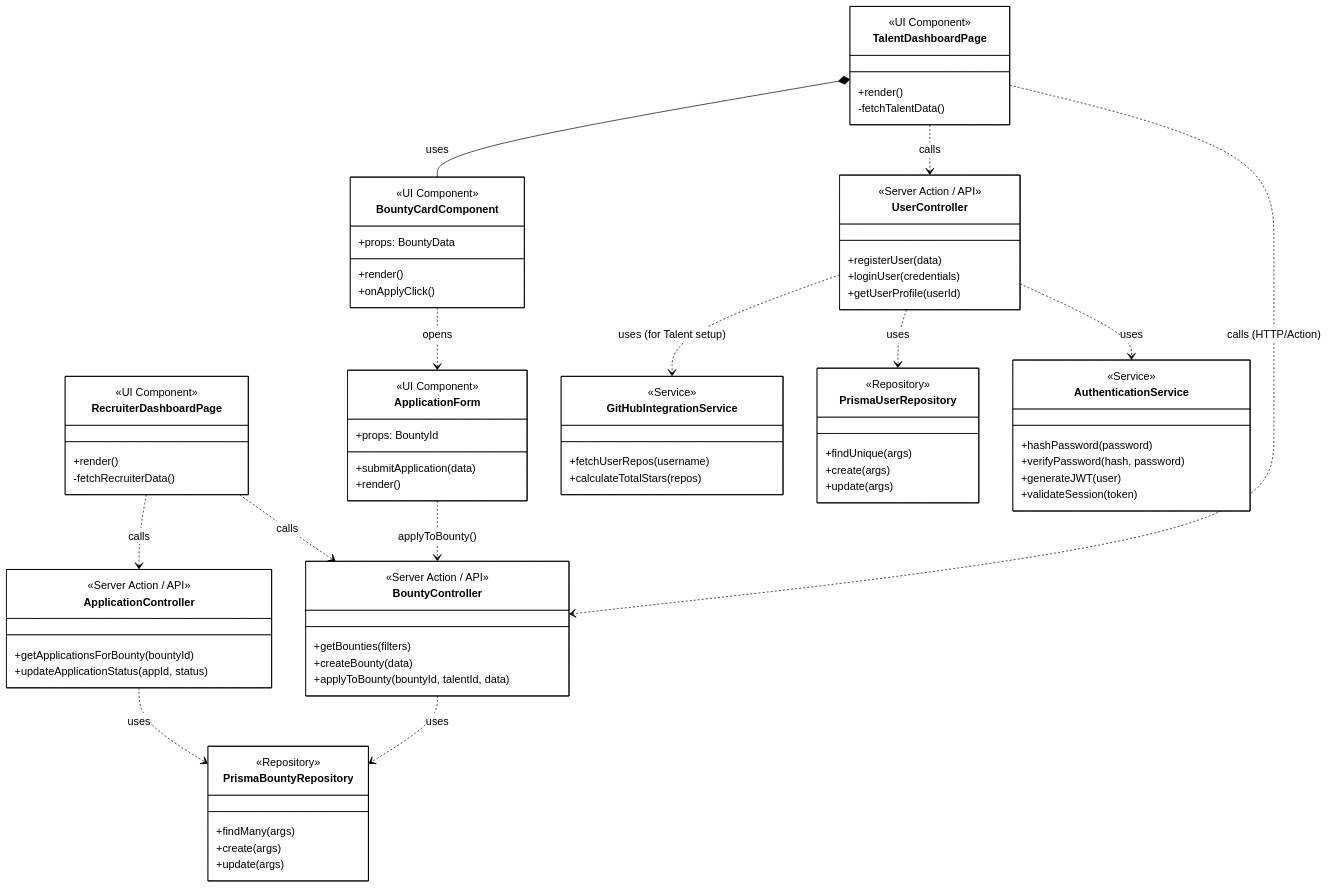
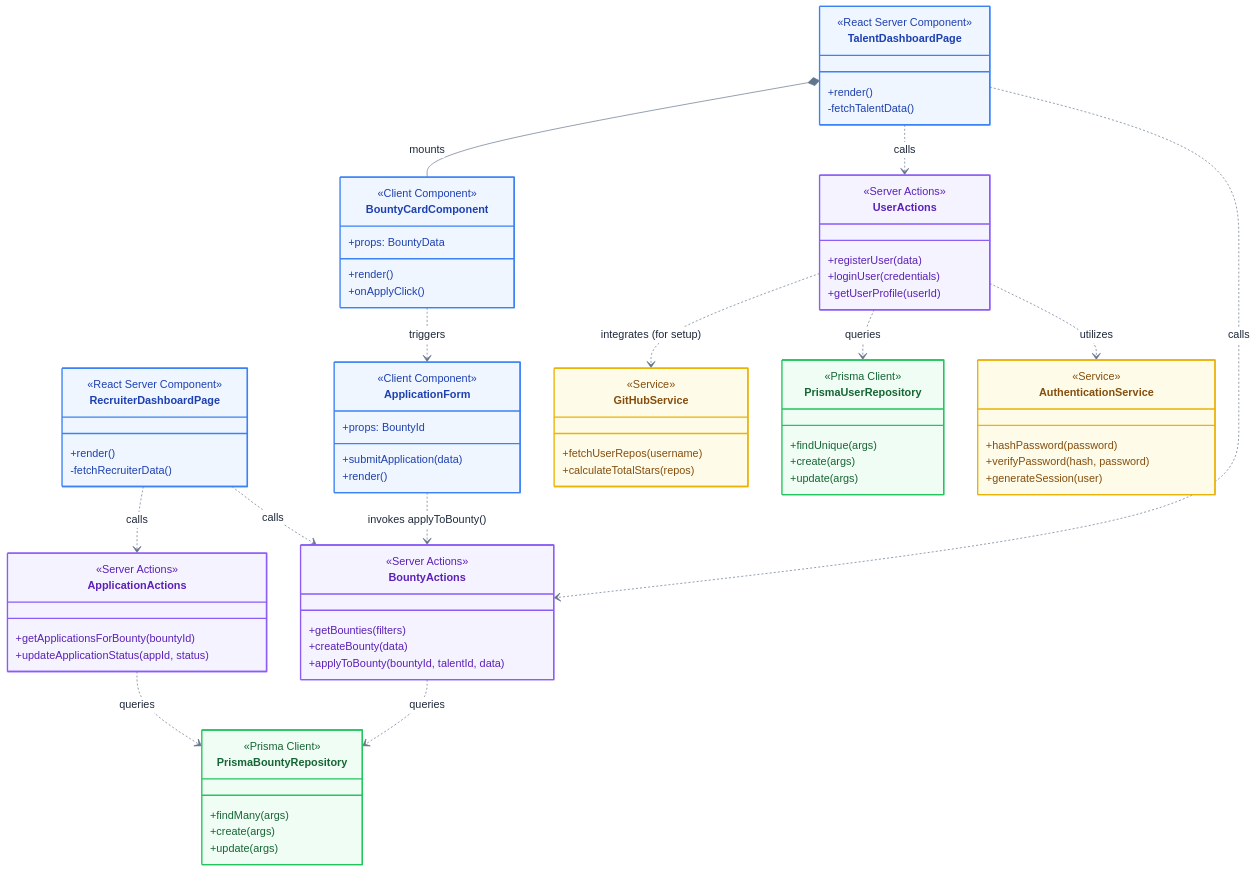
Before and after one commit to Hannankhan00/skillspill: the diagram in Design-Class-Diagram.md, drawn with Mermaid. The commit also changed other lines of this file and 31 other files, not shown here.

````diff
--- a/Design-Class-Diagram.md
+++ b/Design-Class-Diagram.md
@@ -9,63 +9,59 @@
   'theme': 'base',
   'themeVariables': {
     'primaryColor': '#ffffff',
-    'primaryTextColor': '#000000',
-    'primaryBorderColor': '#000000',
-    'lineColor': '#000000',
-    'secondaryColor': '#ffffff',
-    'tertiaryColor': '#ffffff',
-    'nodeBorder': '#000000',
-    'mainBkg': '#ffffff',
-    'fontFamily': 'arial'
+    'primaryTextColor': '#1e293b',
+    'primaryBorderColor': '#e2e8f0',
+    'lineColor': '#64748b',
+    'fontFamily': 'inter, sans-serif'
   }
-} }%%
+}}%%
 classDiagram
     direction TB
 
     %% Frontend Components (UI Layer)
     class TalentDashboardPage {
-        <<UI Component>>
+        <<React Server Component>>
         +render()
         -fetchTalentData()
     }
     
     class RecruiterDashboardPage {
-        <<UI Component>>
+        <<React Server Component>>
         +render()
         -fetchRecruiterData()
     }
 
     class BountyCardComponent {
-        <<UI Component>>
+        <<Client Component>>
         +props: BountyData
         +render()
         +onApplyClick()
     }
 
     class ApplicationForm {
-        <<UI Component>>
+        <<Client Component>>
         +props: BountyId
         +submitApplication(data)
         +render()
     }
 
     %% Backend Controllers / Server Actions (Application Layer)
-    class BountyController {
-        <<Server Action / API>>
+    class BountyActions {
+        <<Server Actions>>
         +getBounties(filters)
         +createBounty(data)
         +applyToBounty(bountyId, talentId, data)
     }
 
-    class UserController {
-        <<Server Action / API>>
+    class UserActions {
+        <<Server Actions>>
         +registerUser(data)
         +loginUser(credentials)
         +getUserProfile(userId)
     }
 
-    class ApplicationController {
-        <<Server Action / API>>
+    class ApplicationActions {
+        <<Server Actions>>
         +getApplicationsForBounty(bountyId)
         +updateApplicationStatus(appId, status)
     }
@@ -75,11 +71,10 @@
         <<Service>>
         +hashPassword(password)
         +verifyPassword(hash, password)
-        +generateJWT(user)
-        +validateSession(token)
+        +generateSession(user)
     }
 
-    class GitHubIntegrationService {
+    class GitHubService {
         <<Service>>
         +fetchUserRepos(username)
         +calculateTotalStars(repos)
@@ -87,34 +82,50 @@
 
     %% Data Access Layer (Prisma ORM Models / Wrappers)
     class PrismaUserRepository {
-        <<Repository>>
+        <<Prisma Client>>
         +findUnique(args)
         +create(args)
         +update(args)
     }
 
     class PrismaBountyRepository {
-        <<Repository>>
+        <<Prisma Client>>
         +findMany(args)
         +create(args)
         +update(args)
     }
 
     %% Relationships
-    TalentDashboardPage ..> BountyController : calls (HTTP/Action)
-    TalentDashboardPage ..> UserController : calls
-    RecruiterDashboardPage ..> BountyController : calls
-    RecruiterDashboardPage ..> ApplicationController : calls
+    TalentDashboardPage ..> BountyActions : calls
+    TalentDashboardPage ..> UserActions : calls
+    RecruiterDashboardPage ..> BountyActions : calls
+    RecruiterDashboardPage ..> ApplicationActions : calls
     
-    TalentDashboardPage *-- BountyCardComponent : uses
-    BountyCardComponent ..> ApplicationForm : opens
-    ApplicationForm ..> BountyController : applyToBounty()
+    TalentDashboardPage *-- BountyCardComponent : mounts
+    BountyCardComponent ..> ApplicationForm : triggers
+    ApplicationForm ..> BountyActions : invokes applyToBounty()
 
-    UserController ..> AuthenticationService : uses
-    UserController ..> PrismaUserRepository : uses
+    UserActions ..> AuthenticationService : utilizes
+    UserActions ..> PrismaUserRepository : queries
     
-    BountyController ..> PrismaBountyRepository : uses
-    ApplicationController ..> PrismaBountyRepository : uses
+    BountyActions ..> PrismaBountyRepository : queries
+    ApplicationActions ..> PrismaBountyRepository : queries
     
-    UserController ..> GitHubIntegrationService : uses (for Talent setup)
+    UserActions ..> GitHubService : integrates (for setup)
+
+    %% Premium Color Styling
+    style TalentDashboardPage fill:#eff6ff,stroke:#3b82f6,stroke-width:2px,color:#1e40af
+    style RecruiterDashboardPage fill:#eff6ff,stroke:#3b82f6,stroke-width:2px,color:#1e40af
+    style BountyCardComponent fill:#eff6ff,stroke:#3b82f6,stroke-width:2px,color:#1e40af
+    style ApplicationForm fill:#eff6ff,stroke:#3b82f6,stroke-width:2px,color:#1e40af
+
+    style BountyActions fill:#f5f3ff,stroke:#8b5cf6,stroke-width:2px,color:#5b21b6
+    style UserActions fill:#f5f3ff,stroke:#8b5cf6,stroke-width:2px,color:#5b21b6
+    style ApplicationActions fill:#f5f3ff,stroke:#8b5cf6,stroke-width:2px,color:#5b21b6
+
+    style AuthenticationService fill:#fefce8,stroke:#eab308,stroke-width:2px,color:#854d0e
+    style GitHubService fill:#fefce8,stroke:#eab308,stroke-width:2px,color:#854d0e
+
+    style PrismaUserRepository fill:#f0fdf4,stroke:#22c55e,stroke-width:2px,color:#166534
+    style PrismaBountyRepository fill:#f0fdf4,stroke:#22c55e,stroke-width:2px,color:#166534
 ```
````
